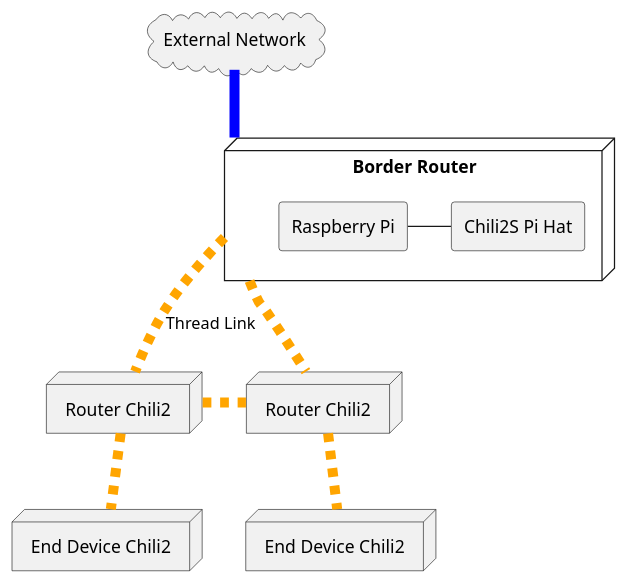
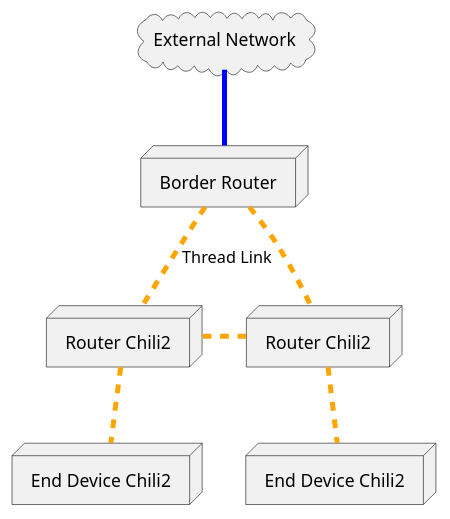
Before and after one commit to Cascoda/cascoda-sdk: the diagram in docs/how-to/puml/thread/mesh.puml, drawn with PlantUML. The commit also changed 686 other files, not shown here.

```diff
--- a/docs/how-to/puml/thread/mesh.puml
+++ b/docs/how-to/puml/thread/mesh.puml
@@ -1,24 +1,20 @@
 @startuml
 
 cloud "External Network" as net
 
-node "Border Router" as br {
-    rectangle "Chili2S Pi Hat" as hat
-    rectangle "Raspberry Pi" as pi
-    pi - hat
-}
+node "Border Router" as br
 
 node "Router Chili2" as router
 node "Router Chili2" as router2
 
 node "End Device Chili2" as ed1
 node "End Device Chili2" as ed2
 
-net -[#blue,thickness=8]- br
-br -[#orange,dashed,thickness=8]- router : Thread Link
-router -[#orange,dashed,thickness=8]- ed1
-router2 -[#orange,dashed,thickness=8]- ed2
-router -[#orange,dashed,thickness=8] router2
-br -[#orange,dashed,thickness=8]- router2
+net -[#blue,thickness=4]- br
+br -[#orange,dashed,thickness=4]- router : Thread Link
+router -[#orange,dashed,thickness=4]- ed1
+router2 -[#orange,dashed,thickness=4]- ed2
+router -[#orange,dashed,thickness=4] router2
+br -[#orange,dashed,thickness=4]- router2
 
 @enduml
```
